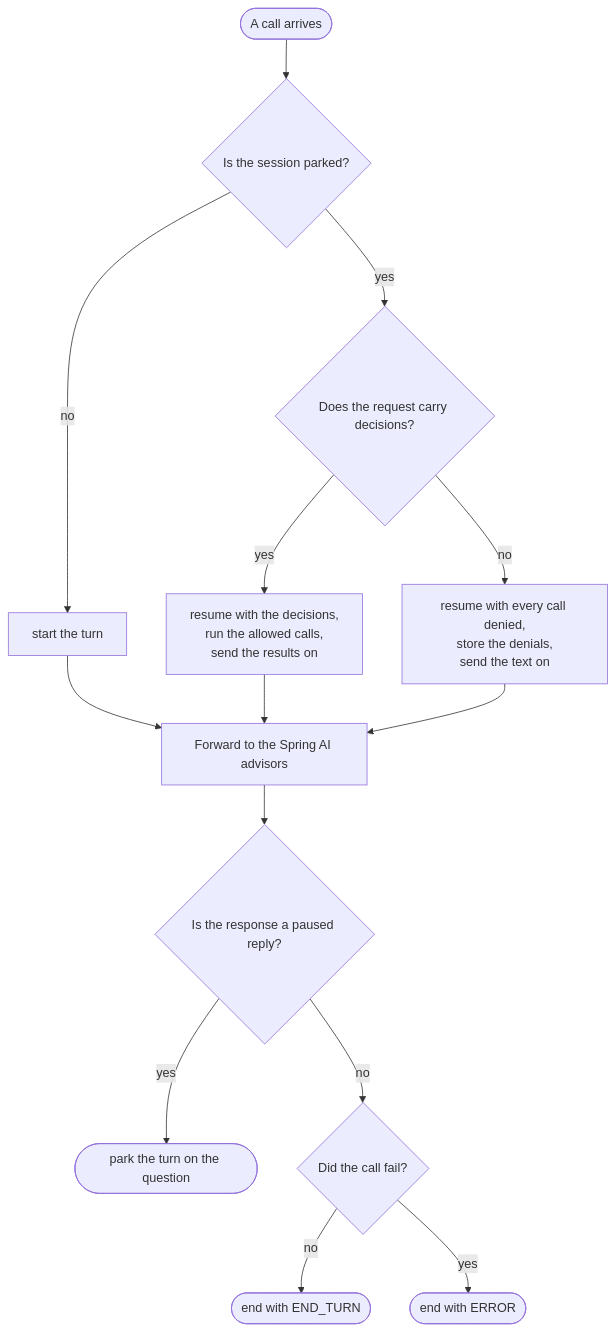
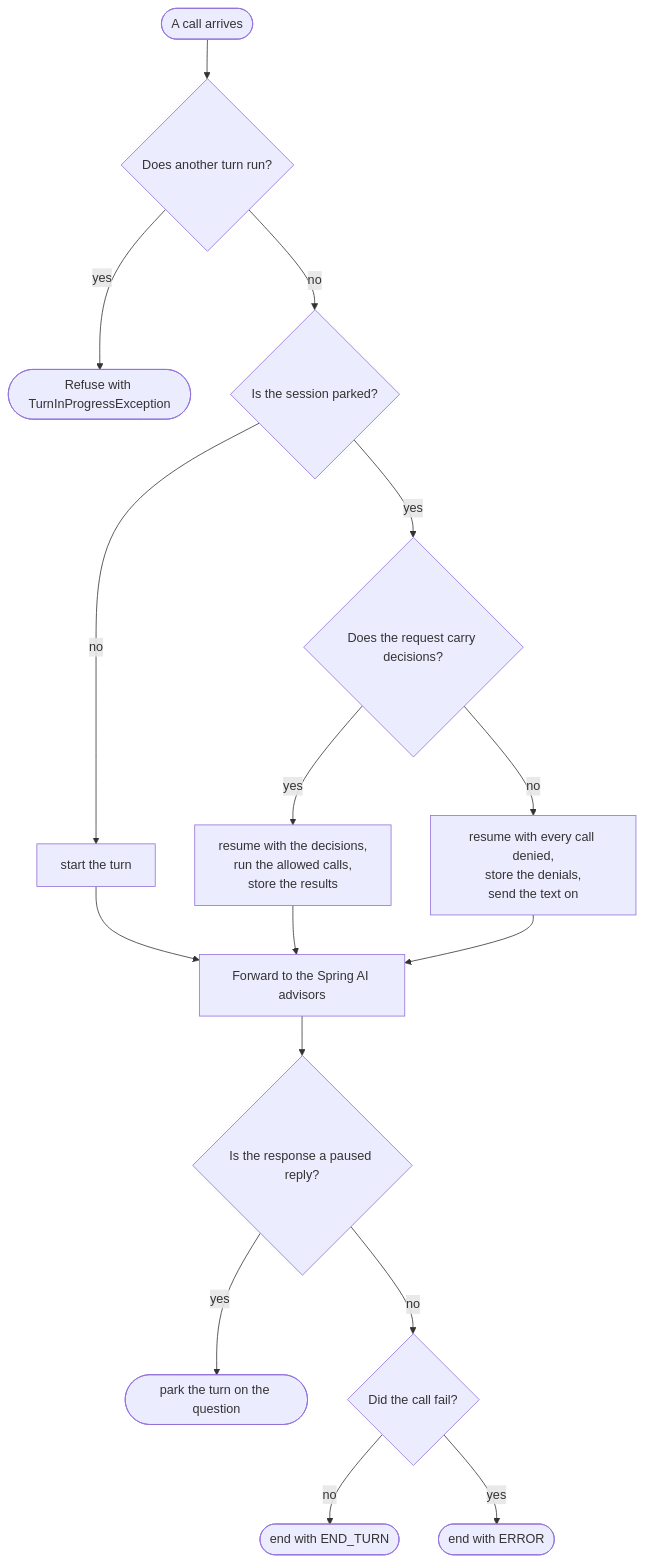
One commit to sobychacko/spring-ai-session-extensions changed the second of 2 diagrams in docs/turn/chat-client.md. Above: the diagram before and after it, drawn with Mermaid. The commit also changed other lines of this file and 21 other files, not shown here.

````diff
--- a/docs/turn/chat-client.md
+++ b/docs/turn/chat-client.md
@@ -77,16 +218,18 @@
 ```mermaid
 flowchart TD
-    A([A call arrives]) --> B{Is the session parked?}
+    A([A call arrives]) --> R{Does another turn run?}
+    R -- yes --> X([Refuse with TurnInProgressException])
+    R -- no --> B{Is the session parked?}
     B -- no --> C[start the turn]
     B -- yes --> D{Does the request carry decisions?}
-    D -- yes --> E[resume with the decisions,<br/>run the allowed calls,<br/>send the results on]
+    D -- yes --> E[resume with the decisions,<br/>run the allowed calls,<br/>store the results]
     D -- no --> F[resume with every call denied,<br/>store the denials,<br/>send the text on]
     C --> G[Forward to the Spring AI advisors]
     E --> G
     F --> G
     G --> H{Is the response a paused reply?}
     H -- yes --> I([park the turn on the question])
     H -- no --> J{Did the call fail?}
     J -- no --> K([end with END_TURN])
     J -- yes --> L([end with ERROR])
 ```
````
